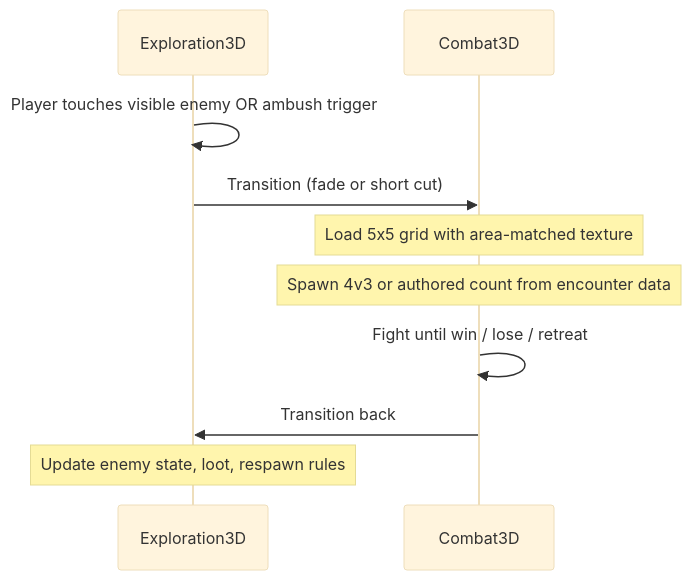
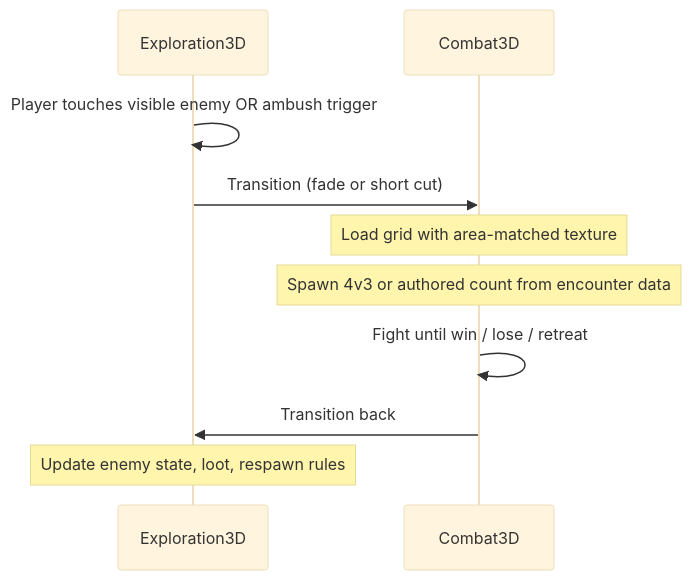
Before and after one commit to Baronjohn/Redelka: the diagram in game-design/prototype.md, drawn with Mermaid (base theme). The commit also changed other lines of this file and 58 other files, not shown here.

````diff
--- a/game-design/prototype.md
+++ b/game-design/prototype.md
@@ -146,12 +177,12 @@
 ```mermaid
 sequenceDiagram
   participant Explore as Exploration3D
   participant Battle as Combat3D
   Explore->>Explore: Player touches visible enemy OR ambush trigger
   Explore->>Battle: Transition (fade or short cut)
-  Note over Battle: Load 5x5 grid with area-matched texture
+  Note over Battle: Load grid with area-matched texture
   Note over Battle: Spawn 4v3 or authored count from encounter data
   Battle->>Battle: Fight until win / lose / retreat
   Battle->>Explore: Transition back
   Note over Explore: Update enemy state, loot, respawn rules
 ```
````
